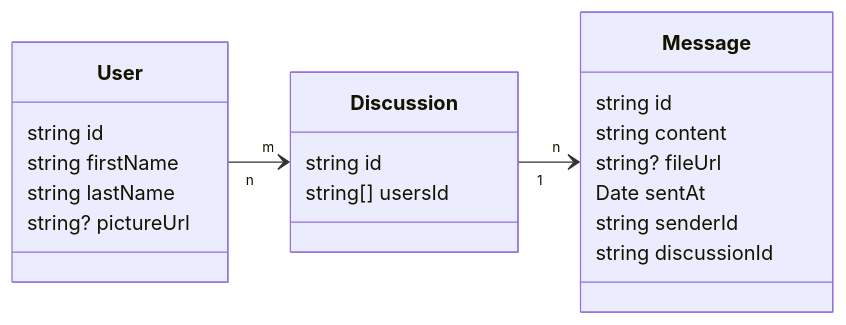
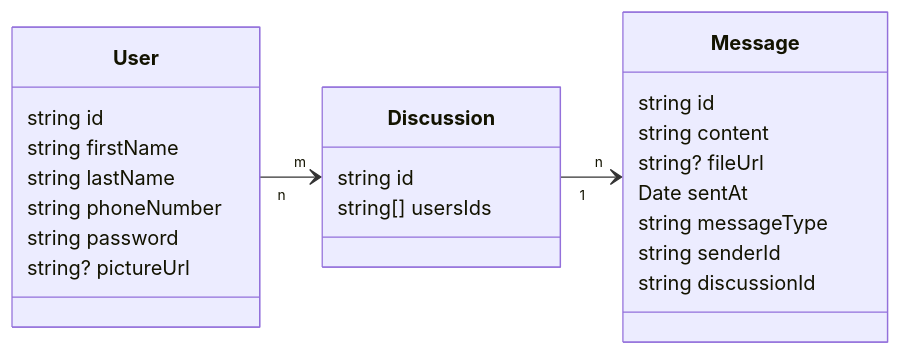
Before and after one commit to thiomajid/Chat-NE: the diagram in class_diagram.md, drawn with Mermaid. The commit also changed 50 other files, not shown here.

````diff
--- a/class_diagram.md
+++ b/class_diagram.md
@@ -1,29 +1,32 @@
 ```mermaid
 classDiagram
 direction LR 
 
     class Message {
-	string id
+		string id
         string content
         string? fileUrl
         Date sentAt
+		string messageType
         string senderId
         string discussionId
     }
 
     class Discussion {
 		string id
-		string[] usersId
+		string[] usersIds
     }
 
     class User {
 		string id
 		string firstName
 		string lastName
+		string phoneNumber
+		string password
 		string? pictureUrl
     }
 
 	User "n"  --> "m" Discussion
 	Discussion "1"  --> "n" Message
 
 ```
````
